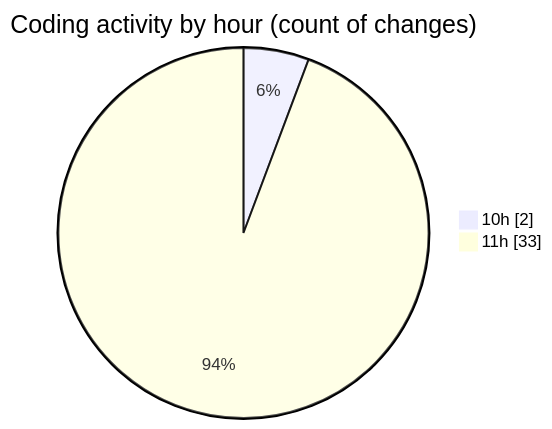
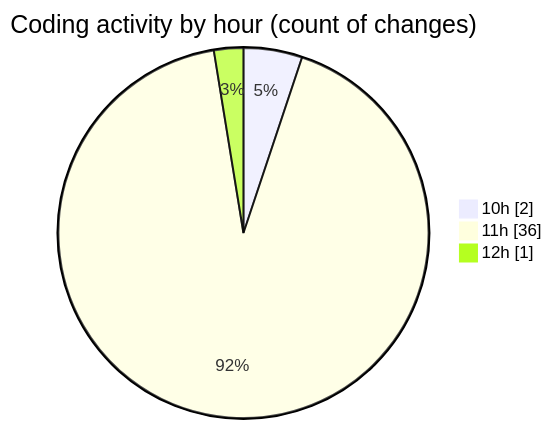
Before and after one commit to nxtqubesakshisongat/code-tracking: the second of 2 diagrams in 2025-05-13/argos-dev/README.md, drawn with Mermaid. The commit also changed other lines of this file and 1 other file, not shown here.

````diff
--- a/2025-05-13/argos-dev/README.md
+++ b/2025-05-13/argos-dev/README.md
@@ -31,6 +31,7 @@
 ```mermaid
 pie showData
 title Coding activity by hour (count of changes)
 "10h" : 2
-"11h" : 33
+"11h" : 36
+"12h" : 1
 ```
````
